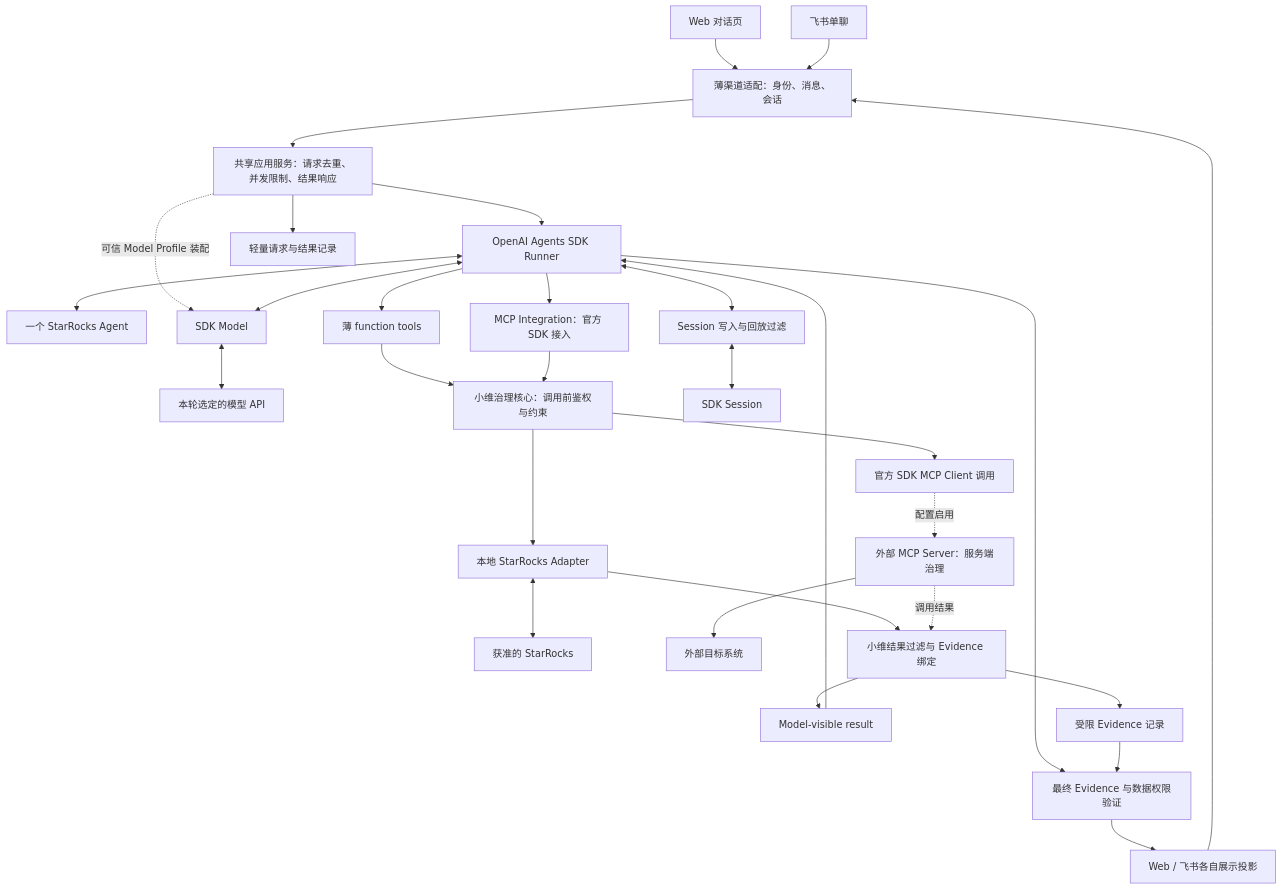
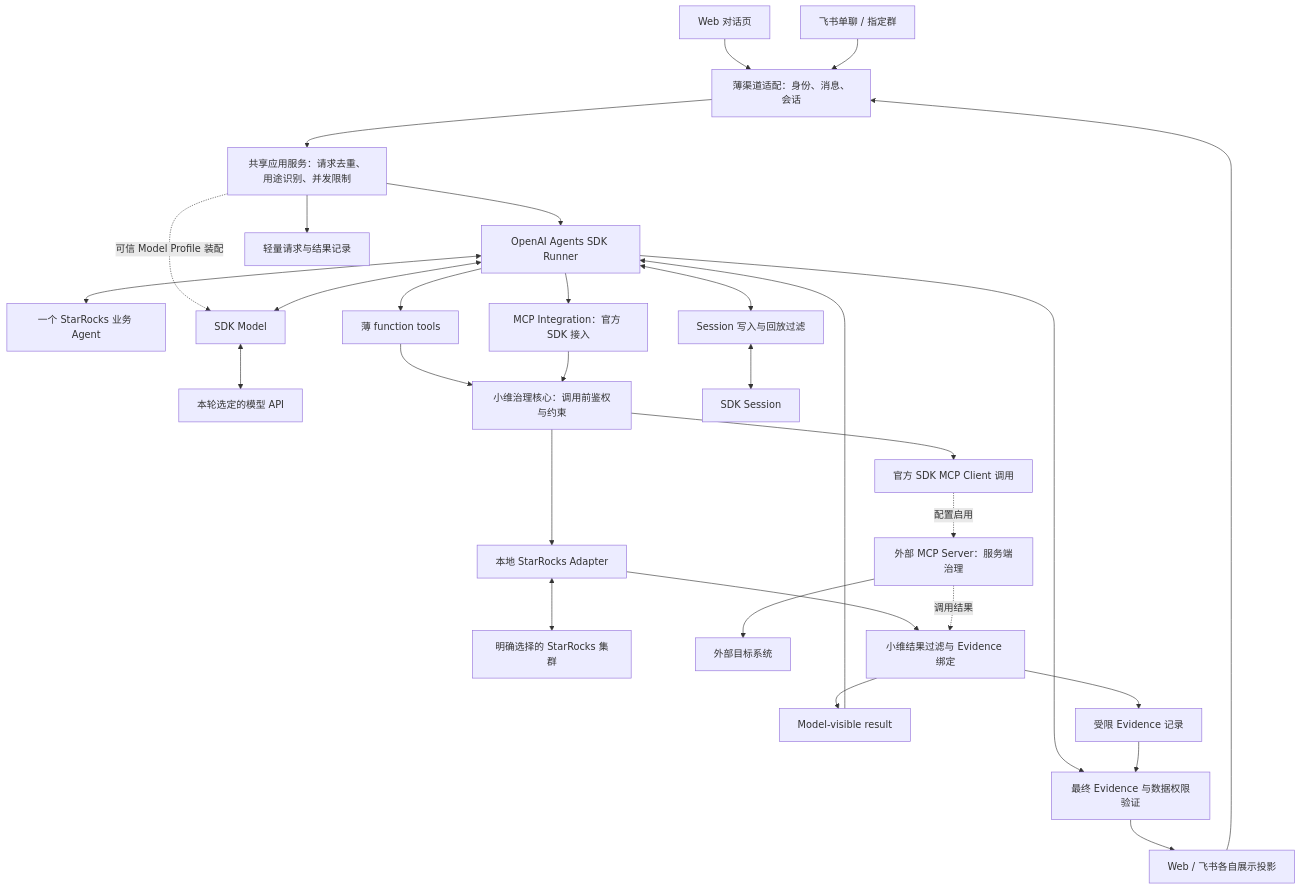
One commit to shixian66/xiaowei-agent-sdk changed the diagram in ARCHITECTURE.md. Above: the diagram before and after it, drawn with Mermaid. The commit also changed other lines of this file and 7 other files, not shown here.

````diff
--- a/ARCHITECTURE.md
+++ b/ARCHITECTURE.md
@@ -54,32 +54,32 @@
 ```mermaid
 flowchart TD
     W[Web 对话页] --> C[薄渠道适配：身份、消息、会话]
-    F[飞书单聊] --> C
-    C --> A[共享应用服务：请求去重、并发限制、结果响应]
+    F[飞书单聊 / 指定群] --> C
+    C --> A[共享应用服务：请求去重、用途识别、并发限制]
     A --> R[OpenAI Agents SDK Runner]
-    R <--> G[一个 StarRocks Agent]
+    R <--> G[一个 StarRocks 业务 Agent]
     A -. 可信 Model Profile 装配 .-> MP[SDK Model]
     R <--> MP
     MP <--> API[本轮选定的模型 API]
     R --> T[薄 function tools]
     R --> I[MCP Integration：官方 SDK 接入]
     T --> B[小维治理核心：调用前鉴权与约束]
     I --> B
     B --> D[本地 StarRocks Adapter]
-    D <--> DB[获准的 StarRocks]
+    D <--> DB[明确选择的 StarRocks 集群]
     B --> MC[官方 SDK MCP Client 调用]
     MC -. 配置启用 .-> MS[外部 MCP Server：服务端治理]
     MS --> X[外部目标系统]
     D --> P1[小维结果过滤与 Evidence 绑定]
     MS -. 调用结果 .-> P1
     P1 --> M[Model-visible result]
     M --> R
     P1 --> E[受限 Evidence 记录]
     R <--> H[Session 写入与回放过滤]
     H <--> S[SDK Session]
     A --> P[轻量请求与结果记录]
     R --> V[最终 Evidence 与数据权限验证]
     E --> V
     V --> O[Web / 飞书各自展示投影]
     O --> C
 ```
````
